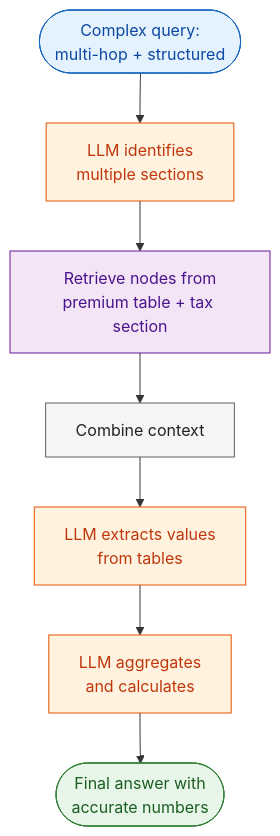
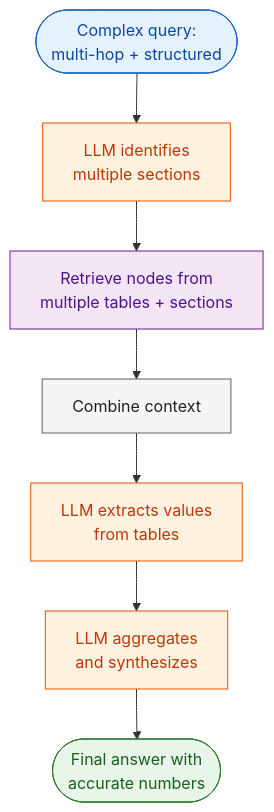
The third of 5 diagrams in lab2/lab2_vectorless_rag_advanced.md (AyushSinghRana15/Vectorless-RAG), drawn with Mermaid before and after one commit. The commit also changed other lines of this file and 1 other file, not shown here.

````diff
--- a/lab2/lab2_vectorless_rag_advanced.md
+++ b/lab2/lab2_vectorless_rag_advanced.md
@@ -87,17 +87,17 @@
 ```mermaid
 flowchart TD
     A(["Complex query:\nmulti-hop + structured"]) --> B["LLM identifies\nmultiple sections"]
-    B --> C["Retrieve nodes from\npremium table + tax section"]
+    B --> C["Retrieve nodes from\nmultiple tables + sections"]
     C --> D["Combine context"]
     D --> E["LLM extracts values\nfrom tables"]
-    E --> F["LLM aggregates\nand calculates"]
+    E --> F["LLM aggregates\nand synthesizes"]
     F --> G(["Final answer with\naccurate numbers"])
 
     style A fill:#e3f2fd,stroke:#1565c0,color:#0d47a1
     style B fill:#fff3e0,stroke:#e65100,color:#bf360c
     style C fill:#f3e5f5,stroke:#6a1b9a,color:#4a148c
     style D fill:#f5f5f5,stroke:#616161,color:#212121
     style E fill:#fff3e0,stroke:#e65100,color:#bf360c
     style F fill:#fff3e0,stroke:#e65100,color:#bf360c
     style G fill:#e8f5e9,stroke:#2e7d32,color:#1b5e20
 ```
````
